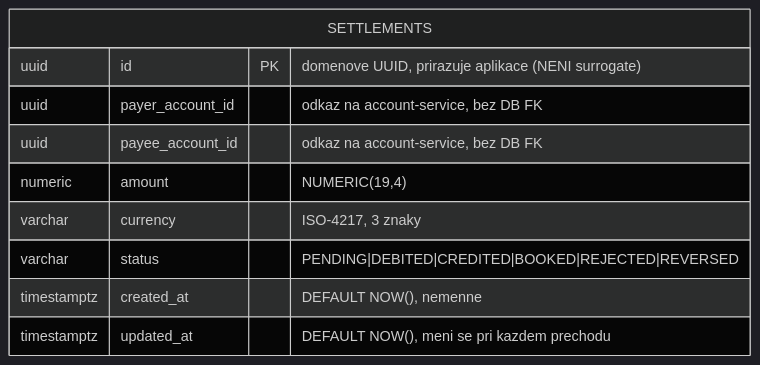
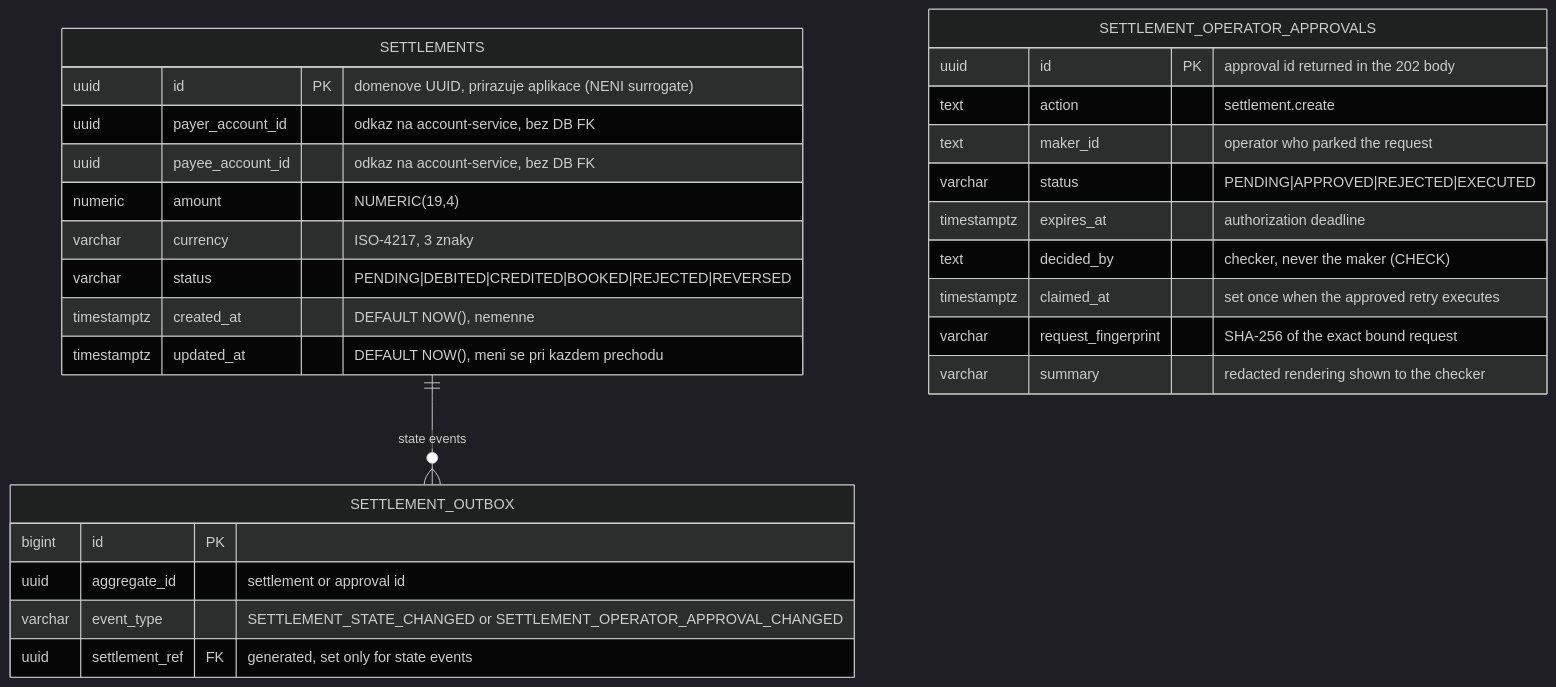
The first of 2 diagrams in openbank-settlement-service/src/main/resources/docs/04-data.cs.md (JiRaska/open-bank-oss), drawn with Mermaid (dark theme) before and after one commit. The commit also changed other lines of this file and 1 other file, not shown here.

Commit message:
docs(settlement): describe durable operator approvals in the service data docs

````diff
--- a/openbank-settlement-service/src/main/resources/docs/04-data.cs.md
+++ b/openbank-settlement-service/src/main/resources/docs/04-data.cs.md
@@ -7,13 +7,31 @@
 ```mermaid
 erDiagram
   SETTLEMENTS {
     uuid id PK "domenove UUID, prirazuje aplikace (NENI surrogate)"
     uuid payer_account_id "odkaz na account-service, bez DB FK"
     uuid payee_account_id "odkaz na account-service, bez DB FK"
     numeric amount "NUMERIC(19,4)"
     varchar currency "ISO-4217, 3 znaky"
     varchar status "PENDING|DEBITED|CREDITED|BOOKED|REJECTED|REVERSED"
     timestamptz created_at "DEFAULT NOW(), nemenne"
     timestamptz updated_at "DEFAULT NOW(), meni se pri kazdem prechodu"
   }
+  SETTLEMENT_OPERATOR_APPROVALS {
+    uuid id PK "approval id returned in the 202 body"
+    text action "settlement.create"
+    text maker_id "operator who parked the request"
+    varchar status "PENDING|APPROVED|REJECTED|EXECUTED"
+    timestamptz expires_at "authorization deadline"
+    text decided_by "checker, never the maker (CHECK)"
+    timestamptz claimed_at "set once when the approved retry executes"
+    varchar request_fingerprint "SHA-256 of the exact bound request"
+    varchar summary "redacted rendering shown to the checker"
+  }
+  SETTLEMENT_OUTBOX {
+    bigint id PK
+    uuid aggregate_id "settlement or approval id"
+    varchar event_type "SETTLEMENT_STATE_CHANGED or SETTLEMENT_OPERATOR_APPROVAL_CHANGED"
+    uuid settlement_ref FK "generated, set only for state events"
+  }
+  SETTLEMENTS ||--o{ SETTLEMENT_OUTBOX : "state events"
 ```
````
